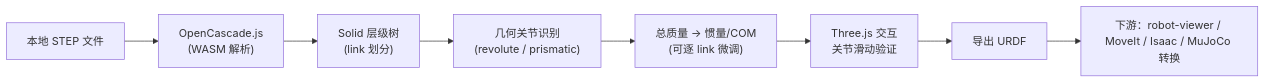
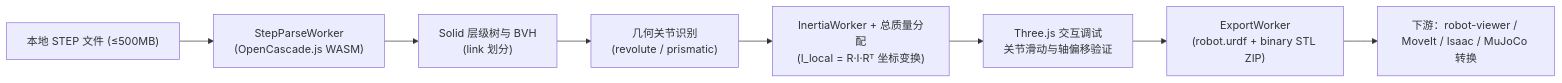
Before and after one commit to ImChong/Robotics_Notebooks: the first of 2 diagrams in wiki/entities/step2urdf.md, drawn with Mermaid. The commit also changed other lines of this file and 41 other files, not shown here.

Commit message:
[2026-11-28] ingest | roadmap/depth-robot-modeling-digital-twin.md — 补齐 20 个纵深节点一手通读与阅读骨架，全路线达成 3/3 满分健康度

````diff
--- a/wiki/entities/step2urdf.md
+++ b/wiki/entities/step2urdf.md
@@ -59,10 +63,10 @@
 ```mermaid
 flowchart LR
-  STEP["本地 STEP 文件"] --> OCC["OpenCascade.js\n(WASM 解析)"]
-  OCC --> TREE["Solid 层级树\n(link 划分)"]
+  STEP["本地 STEP 文件 (≤500MB)"] --> OCC["StepParseWorker\n(OpenCascade.js WASM)"]
+  OCC --> TREE["Solid 层级树与 BVH\n(link 划分)"]
   TREE --> JOINT["几何关节识别\n(revolute / prismatic)"]
-  JOINT --> MASS["总质量 → 惯量/COM\n(可逐 link 微调)"]
-  MASS --> VIS["Three.js 交互\n关节滑动验证"]
-  VIS --> URDF["导出 URDF"]
+  JOINT --> MASS["InertiaWorker + 总质量分配\n(I_local = R·I·Rᵀ 坐标变换)"]
+  MASS --> VIS["Three.js 交互调试\n关节滑动与轴偏移验证"]
+  VIS --> URDF["ExportWorker\n(robot.urdf + binary STL ZIP)"]
   URDF --> DOWN["下游：robot-viewer / MoveIt / Isaac / MuJoCo 转换"]
 ```
````
